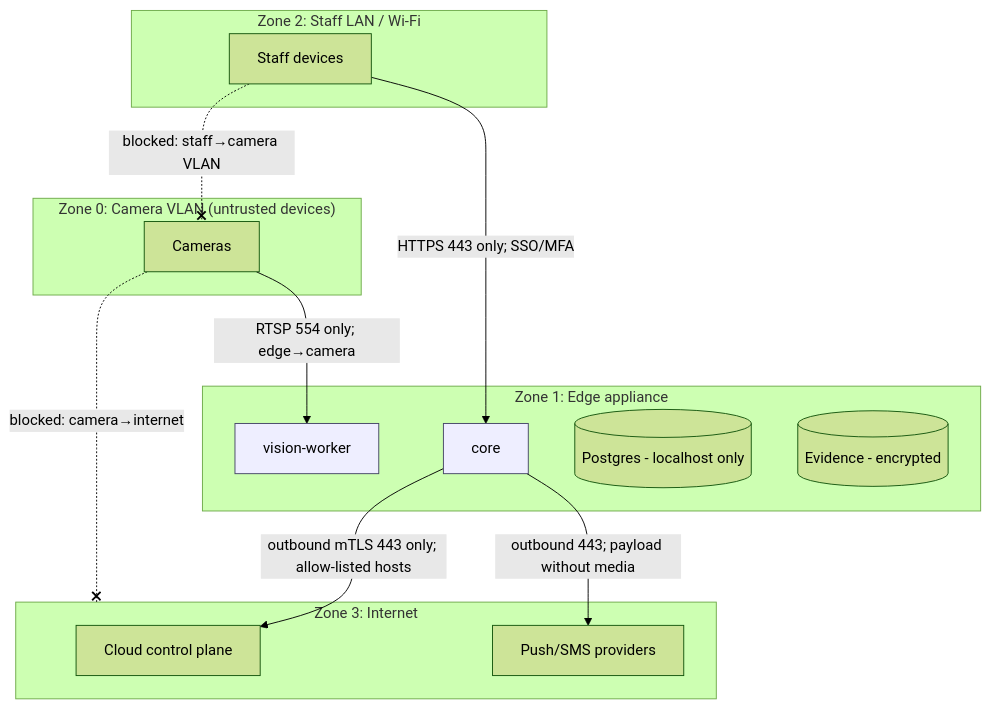
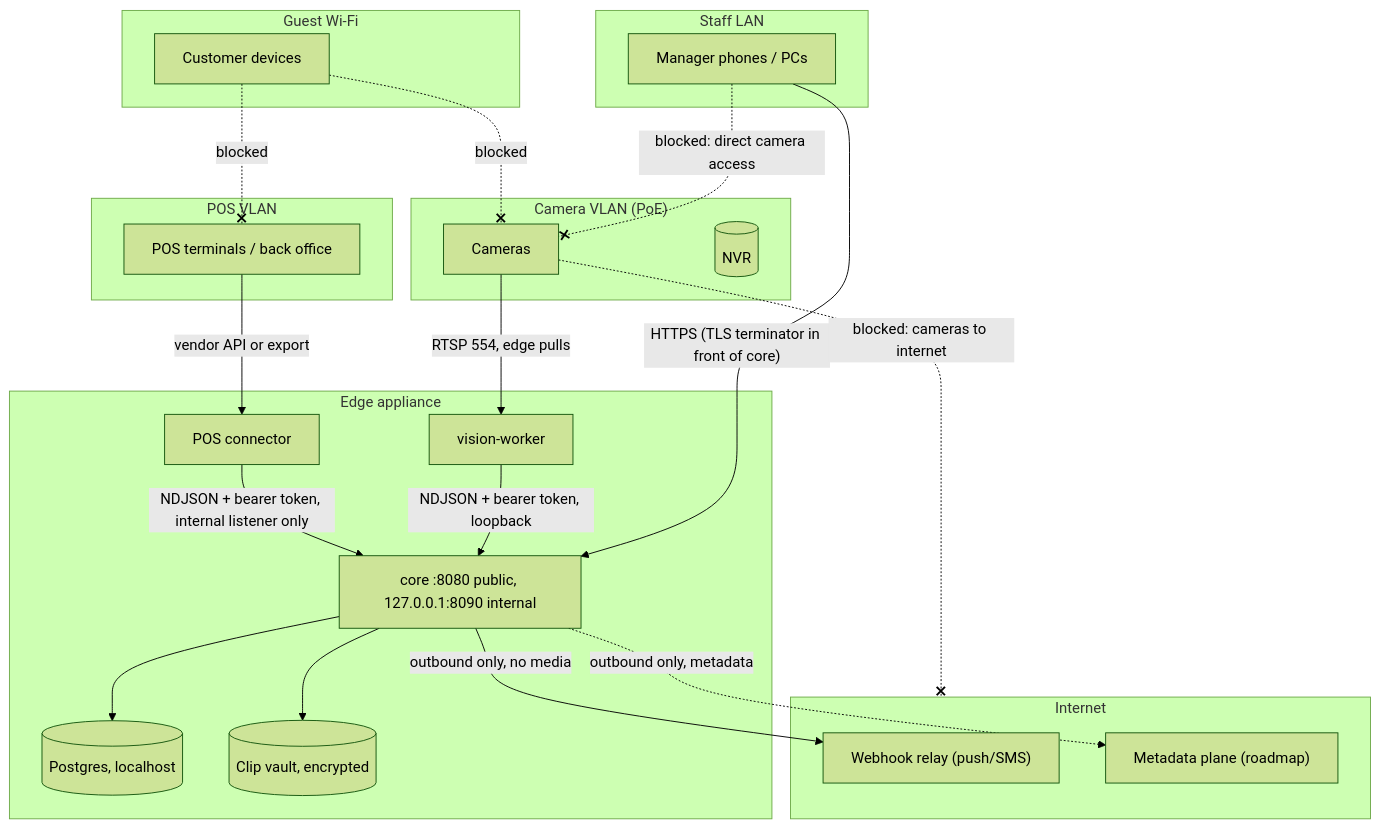
Before and after one commit to harsha7123/ai_camera: the diagram in docs/architecture/diagrams/06-network-security-boundaries.md, drawn with Mermaid (forest theme). The commit also changed other lines of this file and 160 other files, not shown here.

First line of the commit message:
WIP: pivot to restaurant AI camera (core, worker, docs, tools)

````diff
--- a/docs/architecture/diagrams/06-network-security-boundaries.md
+++ b/docs/architecture/diagrams/06-network-security-boundaries.md
@@ -5,26 +5,40 @@
 ```mermaid
 flowchart TB
-  subgraph Z0["Zone 0: Camera VLAN (untrusted devices)"]
-    CAM[Cameras]
+  subgraph CAMV["Camera VLAN (PoE)"]
+    CAM["Cameras"]
+    NVR[("NVR")]
   end
-  subgraph Z1["Zone 1: Edge appliance"]
-    VW[vision-worker]:::svc
-    CORE[core]:::svc
-    PG[(Postgres - localhost only)]
-    EV[(Evidence - encrypted)]
+  subgraph POSV["POS VLAN"]
+    POS["POS terminals / back office"]
   end
-  subgraph Z2["Zone 2: Staff LAN / Wi-Fi"]
-    TAB[Staff devices]
+  subgraph EDGE["Edge appliance"]
+    VW["vision-worker"]
+    CONN["POS connector"]
+    CORE["core :8080 public, 127.0.0.1:8090 internal"]
+    PG[("Postgres, localhost")]
+    EV[("Clip vault, encrypted")]
   end
-  subgraph Z3["Zone 3: Internet"]
-    CP[Cloud control plane]
-    PUSH[Push/SMS providers]
+  subgraph STAFF["Staff LAN"]
+    PHONE["Manager phones / PCs"]
   end
-  CAM -- "RTSP 554 only; edge→camera" --> VW
-  TAB -- "HTTPS 443 only; SSO/MFA" --> CORE
-  CORE -- "outbound mTLS 443 only; allow-listed hosts" --> CP
-  CORE -- "outbound 443; payload without media" --> PUSH
-  CAM -. "blocked: camera→internet" .-x Z3
-  TAB -. "blocked: staff→camera VLAN" .-x CAM
-  classDef svc fill:#eef,stroke:#446;
+  subgraph GUEST["Guest Wi-Fi"]
+    G["Customer devices"]
+  end
+  subgraph NET["Internet"]
+    RELAY["Webhook relay (push/SMS)"]
+    CLOUD["Metadata plane (roadmap)"]
+  end
+  CAM -->|"RTSP 554, edge pulls"| VW
+  POS -->|"vendor API or export"| CONN
+  CONN -->|"NDJSON + bearer token, internal listener only"| CORE
+  VW -->|"NDJSON + bearer token, loopback"| CORE
+  CORE --> PG
+  CORE --> EV
+  PHONE -->|"HTTPS (TLS terminator in front of core)"| CORE
+  CORE -->|"outbound only, no media"| RELAY
+  CORE -.->|"outbound only, metadata"| CLOUD
+  G -.-x|"blocked"| CAM
+  G -.-x|"blocked"| POS
+  CAM -.-x|"blocked: cameras to internet"| NET
+  PHONE -.-x|"blocked: direct camera access"| CAM
 ```
````
